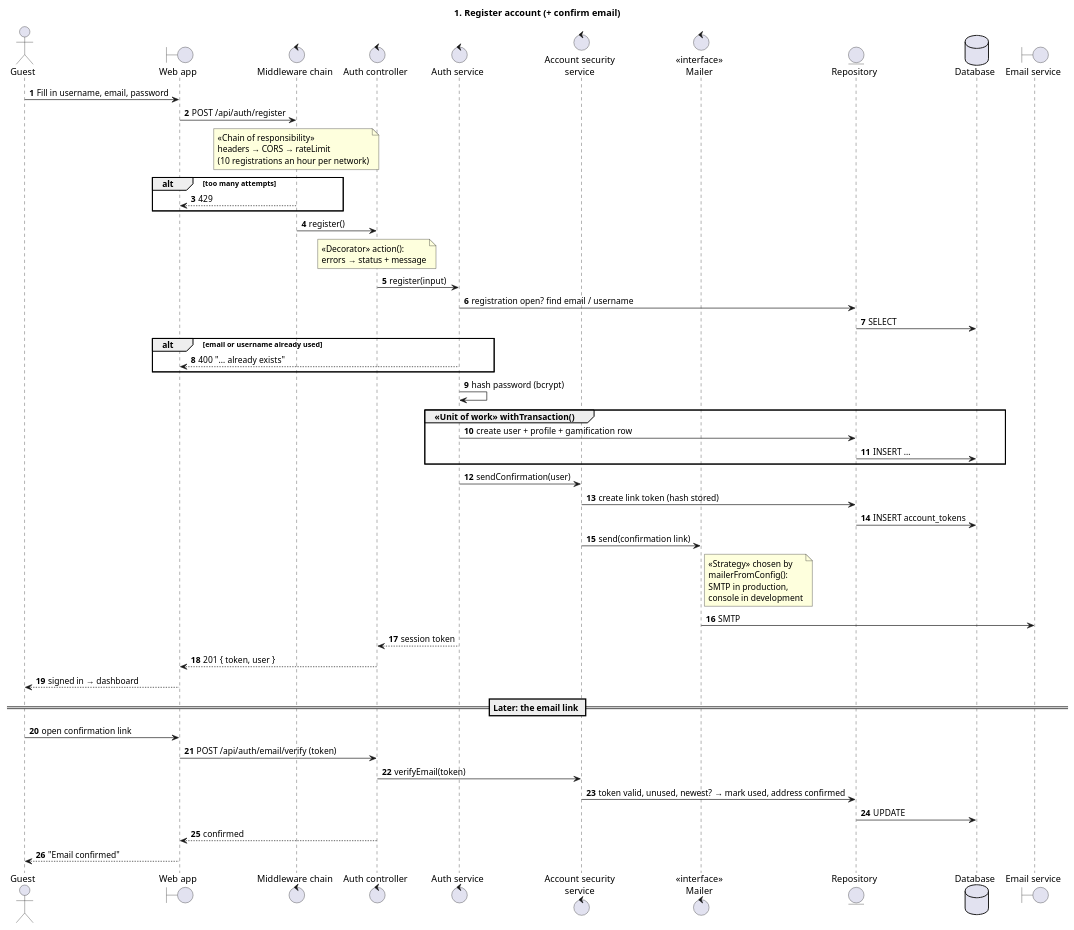
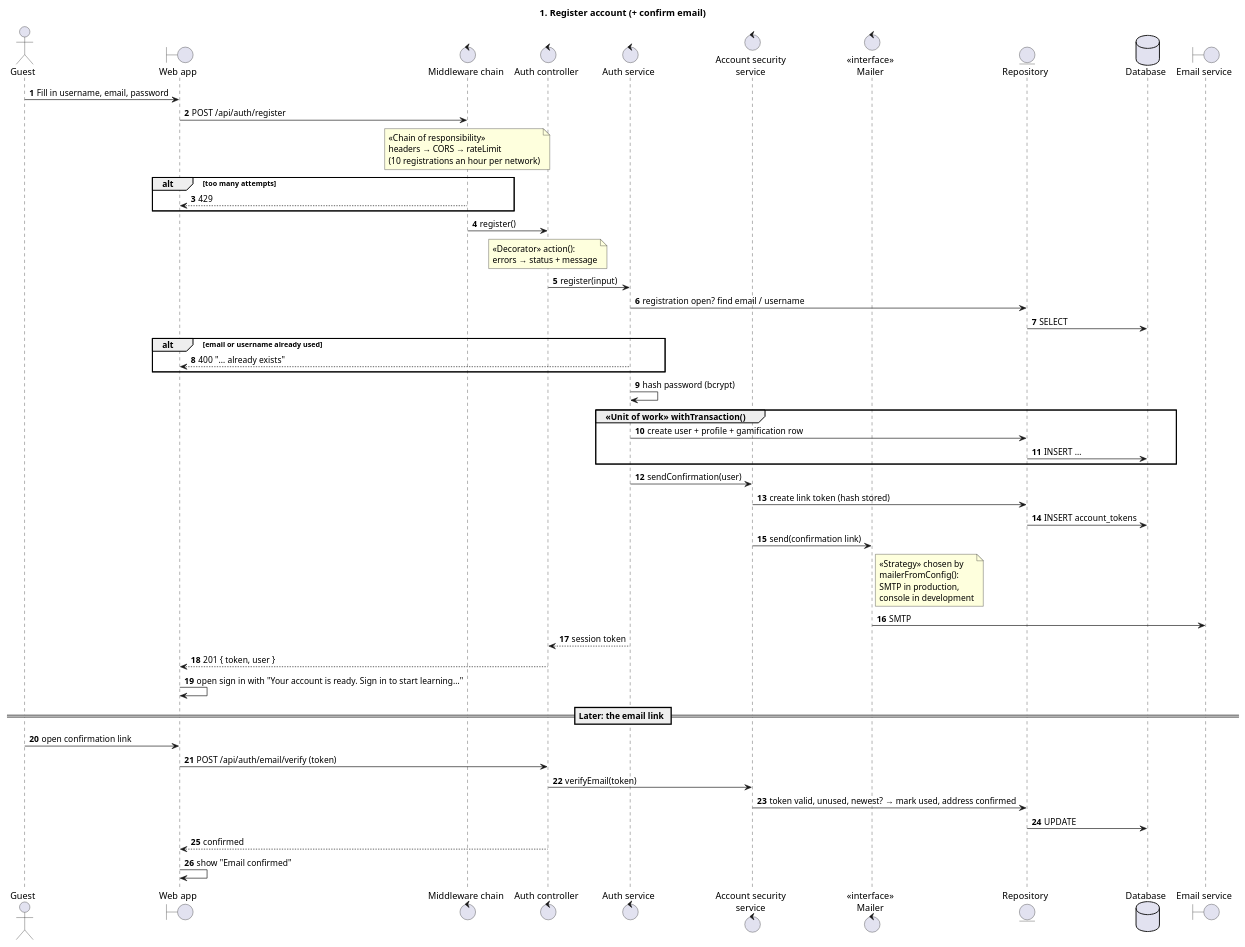
The diagram in Diagram/sequence/01-register-account.puml (BLF2710/Nihongo-Training), drawn with PlantUML before and after one commit. The commit also changed 94 other files, not shown here.

```diff
--- a/Diagram/sequence/01-register-account.puml
+++ b/Diagram/sequence/01-register-account.puml
@@ -14,55 +14,55 @@
 @startuml 01 Register account
 title 1. Register account (+ confirm email)
 autonumber
 skinparam sequenceMessageAlign left
 skinparam responseMessageBelowArrow true
 
 actor Guest
 boundary "Web app" as Web
 control "Middleware chain" as MW
 control "Auth controller" as Ctrl
 control "Auth service" as Svc
 control "Account security\nservice" as Sec
 control "«interface»\nMailer" as Mailer
 entity "Repository" as Repo
 database "Database" as DB
 boundary "Email service" as Email
 
 Guest -> Web : Fill in username, email, password
 Web -> MW : POST /api/auth/register
 note over MW : «Chain of responsibility»\nheaders → CORS → rateLimit\n(10 registrations an hour per network)
 alt too many attempts
   MW --> Web : 429
 end
 MW -> Ctrl : register()
 note over Ctrl : «Decorator» action():\nerrors → status + message
 Ctrl -> Svc : register(input)
 Svc -> Repo : registration open? find email / username
 Repo -> DB : SELECT
 alt email or username already used
   Svc --> Web : 400 "… already exists"
 end
 Svc -> Svc : hash password (bcrypt)
 group «Unit of work» withTransaction()
   Svc -> Repo : create user + profile + gamification row
   Repo -> DB : INSERT …
 end
 Svc -> Sec : sendConfirmation(user)
 Sec -> Repo : create link token (hash stored)
 Repo -> DB : INSERT account_tokens
 Sec -> Mailer : send(confirmation link)
 note right of Mailer : «Strategy» chosen by\nmailerFromConfig():\nSMTP in production,\nconsole in development
 Mailer -> Email : SMTP
 Svc --> Ctrl : session token
 Ctrl --> Web : 201 { token, user }
-Web --> Guest : signed in → dashboard
+Web -> Web : open sign in with "Your account is ready. Sign in to start learning…"
 
 == Later: the email link ==
 Guest -> Web : open confirmation link
 Web -> Ctrl : POST /api/auth/email/verify (token)
 Ctrl -> Sec : verifyEmail(token)
 Sec -> Repo : token valid, unused, newest? → mark used, address confirmed
 Repo -> DB : UPDATE
 Ctrl --> Web : confirmed
-Web --> Guest : "Email confirmed"
+Web -> Web : show "Email confirmed"
 @enduml
```
